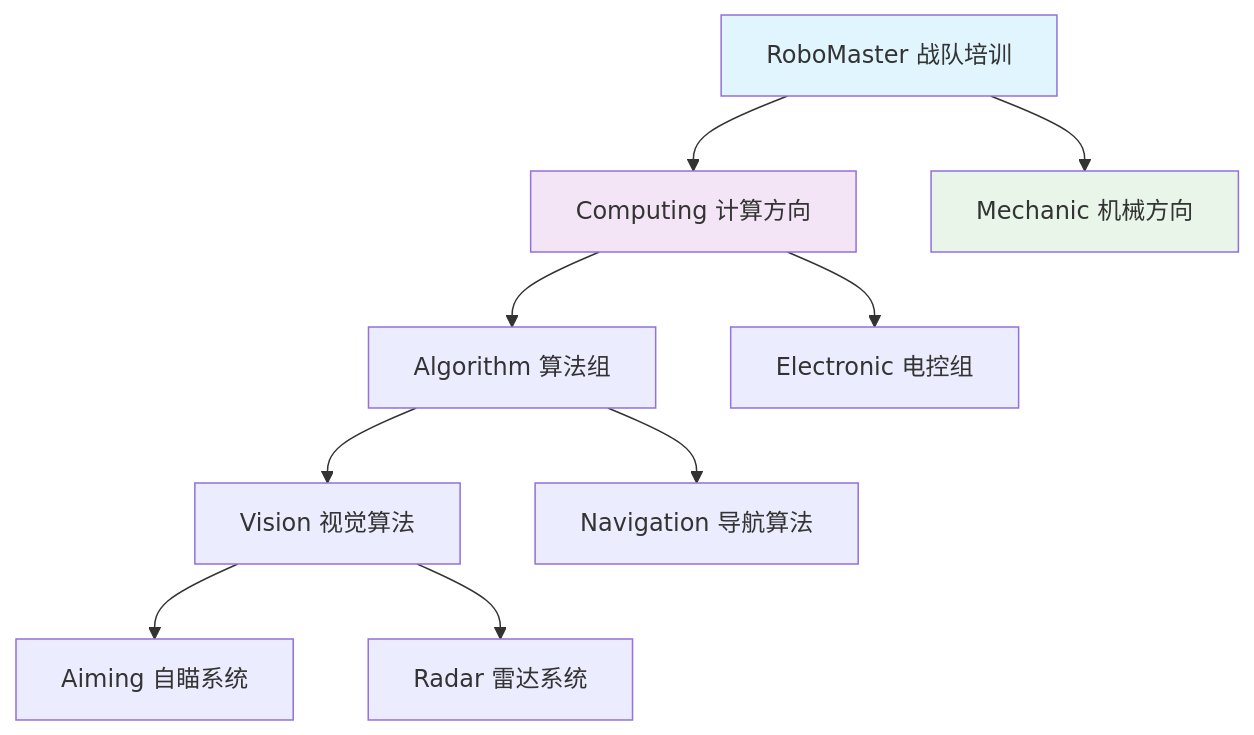
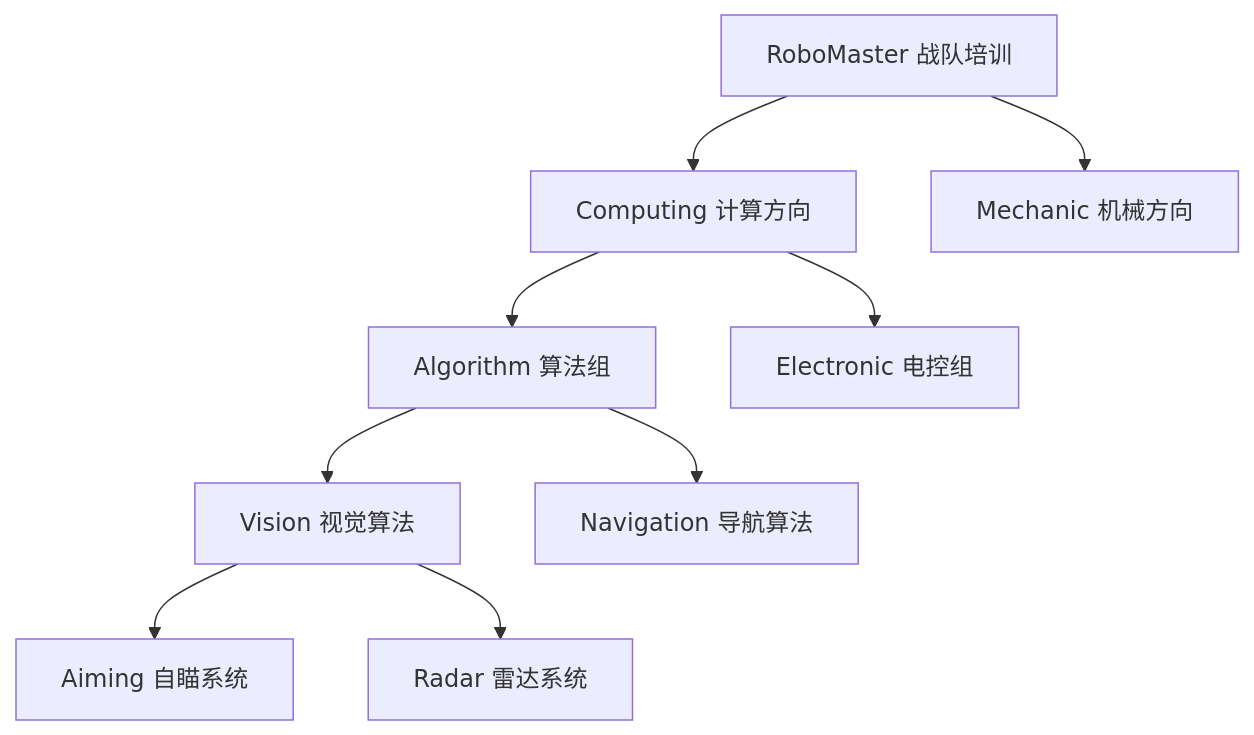
The diagram in README.md (unnc-aim/aim-rookie-courses), drawn with Mermaid before and after one commit. The commit also changed 2 other files, not shown here.

Commit message:
feat: environment tutorials

````diff
--- a/README.md
+++ b/README.md
@@ -35,18 +35,14 @@
 ```mermaid
 graph TD
     A[RoboMaster 战队培训] --> B[Computing 计算方向]
     A --> C[Mechanic 机械方向]
 
     B --> D[Algorithm 算法组]
     B --> E[Electronic 电控组]
 
     D --> F[Vision 视觉算法]
     D --> G[Navigation 导航算法]
 
     F --> H[Aiming 自瞄系统]
     F --> I[Radar 雷达系统]
-
-    style A fill:#e1f5fe
-    style B fill:#f3e5f5
-    style C fill:#e8f5e8
 ```
````
